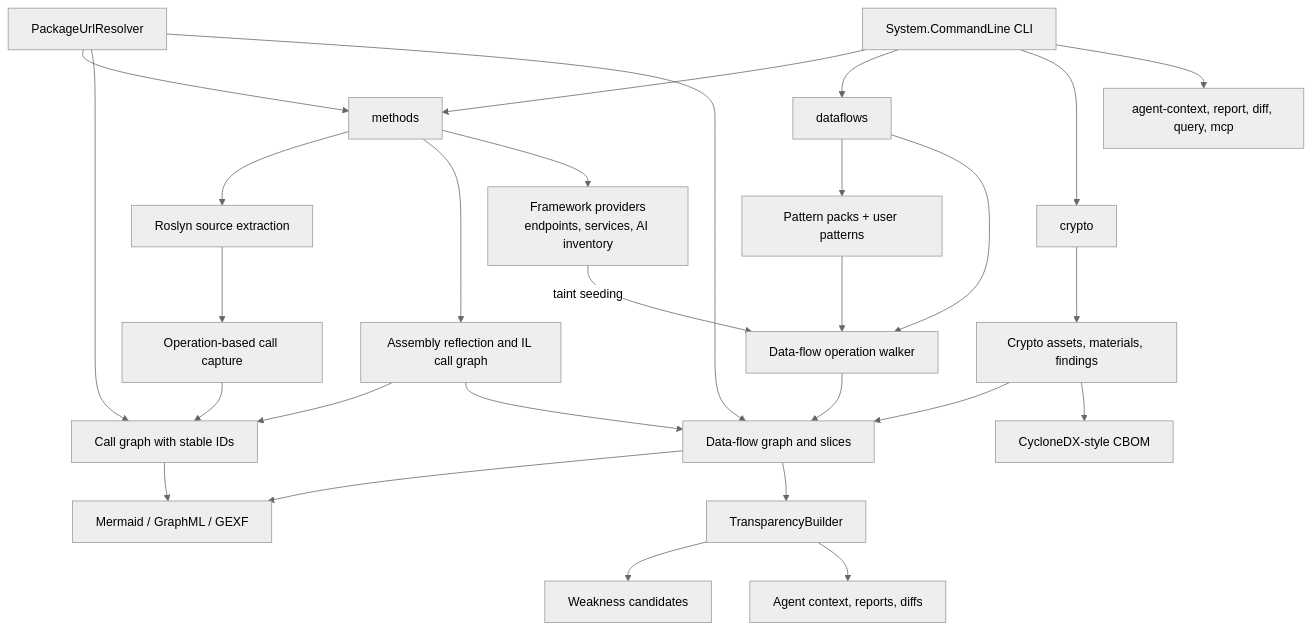
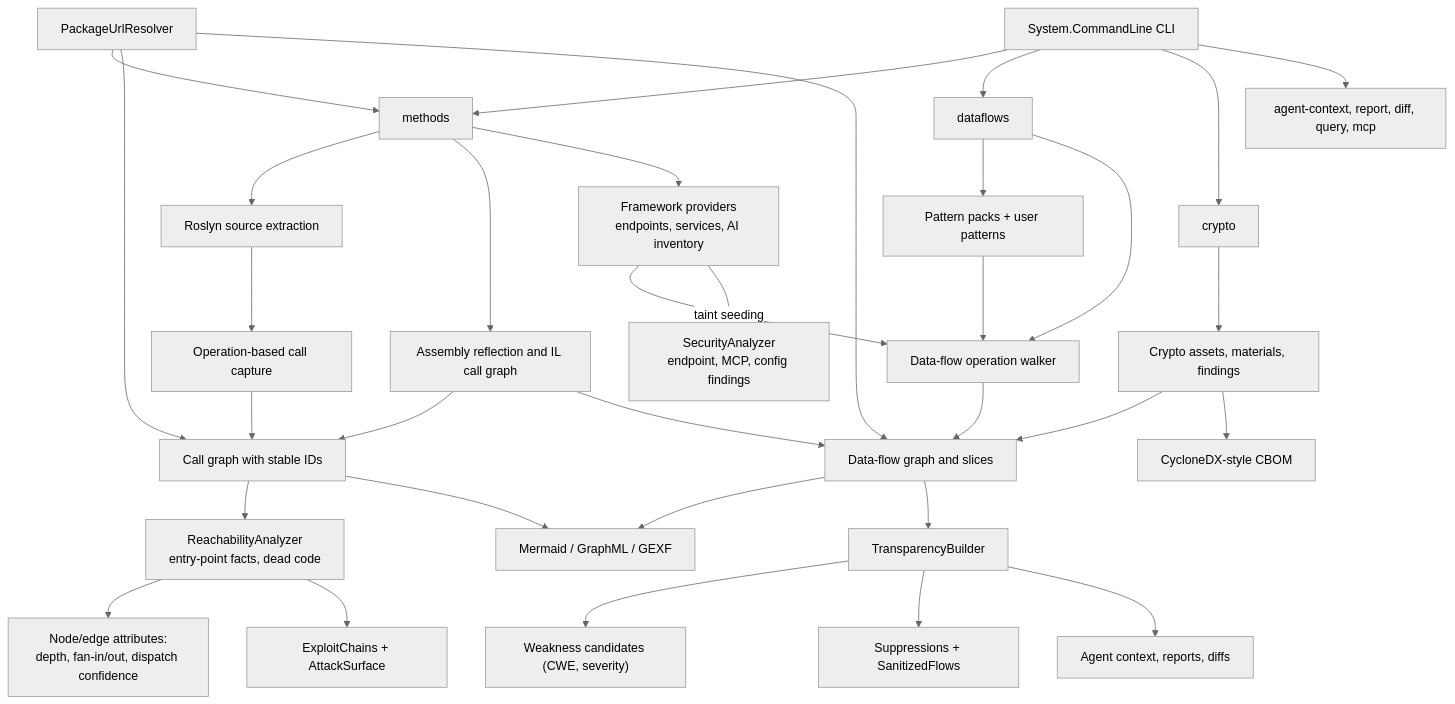
Before and after one commit to owasp-dep-scan/dosai: the first of 5 diagrams in docs/ARCHITECTURE.md, drawn with Mermaid (neutral theme). The commit also changed other lines of this file and 74 other files, not shown here.

Commit message:
Update docs, lessons, and code comments for schema 4.1.0 feature set (#50)

````diff
--- a/docs/ARCHITECTURE.md
+++ b/docs/ARCHITECTURE.md
@@ -54,34 +59,40 @@
 ```mermaid
 flowchart TD
     CLI["System.CommandLine CLI"] --> Methods["methods"]
     CLI --> Dataflows["dataflows"]
     CLI --> Crypto["crypto"]
     CLI --> Support["agent-context, report, diff, query, mcp"]
 
     Methods --> Roslyn["Roslyn source extraction"]
     Methods --> Reflect["Assembly reflection and IL call graph"]
     Methods --> Endpoints["Framework providers<br/>endpoints, services, AI inventory"]
     Roslyn --> Calls["Operation-based call capture"]
     Calls --> Graph["Call graph with stable IDs"]
     Reflect --> Graph
 
     Dataflows --> Patterns["Pattern packs + user patterns"]
     Dataflows --> Walker["Data-flow operation walker"]
     Patterns --> Walker
     Walker --> DFGraph["Data-flow graph and slices"]
     Reflect --> DFGraph
     Endpoints -->|"taint seeding"| Walker
 
+    Graph --> Reach["ReachabilityAnalyzer<br/>entry-point facts, dead code"]
+    Reach --> GraphAttrs["Node/edge attributes:<br/>depth, fan-in/out, dispatch confidence"]
+    Endpoints --> SecFindings["SecurityAnalyzer<br/>endpoint, MCP, config findings"]
+    Reach --> Exploit["ExploitChains + AttackSurface"]
+
     Crypto --> CryptoAnalyzer["Crypto assets, materials, findings"]
     CryptoAnalyzer --> DFGraph
     CryptoAnalyzer --> CBOM["CycloneDX-style CBOM"]
 
     Graph --> Exporters["Mermaid / GraphML / GEXF"]
     DFGraph --> Exporters
     DFGraph --> Transparency["TransparencyBuilder"]
-    Transparency --> Weakness["Weakness candidates"]
+    Transparency --> Weakness["Weakness candidates (CWE, severity)"]
+    Transparency --> Suppress["Suppressions + SanitizedFlows"]
     Transparency --> Agent["Agent context, reports, diffs"]
     PURL["PackageUrlResolver"] --> Methods
     PURL --> Graph
     PURL --> DFGraph
 ```
````
